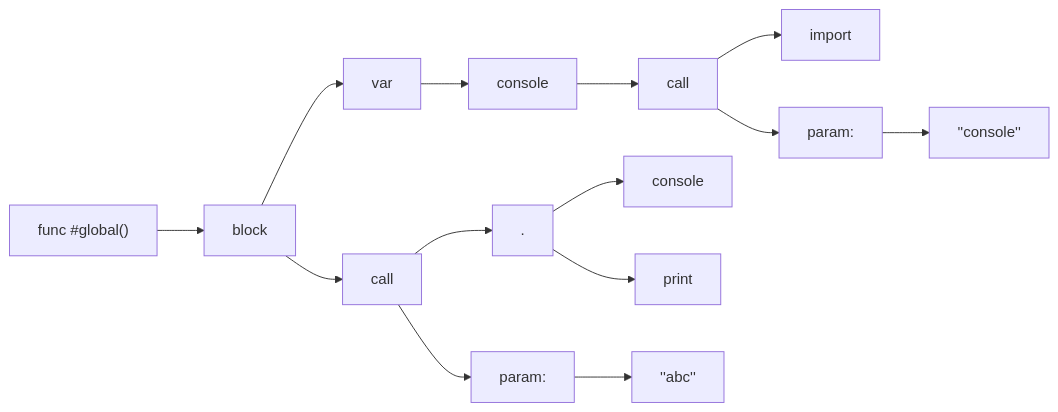
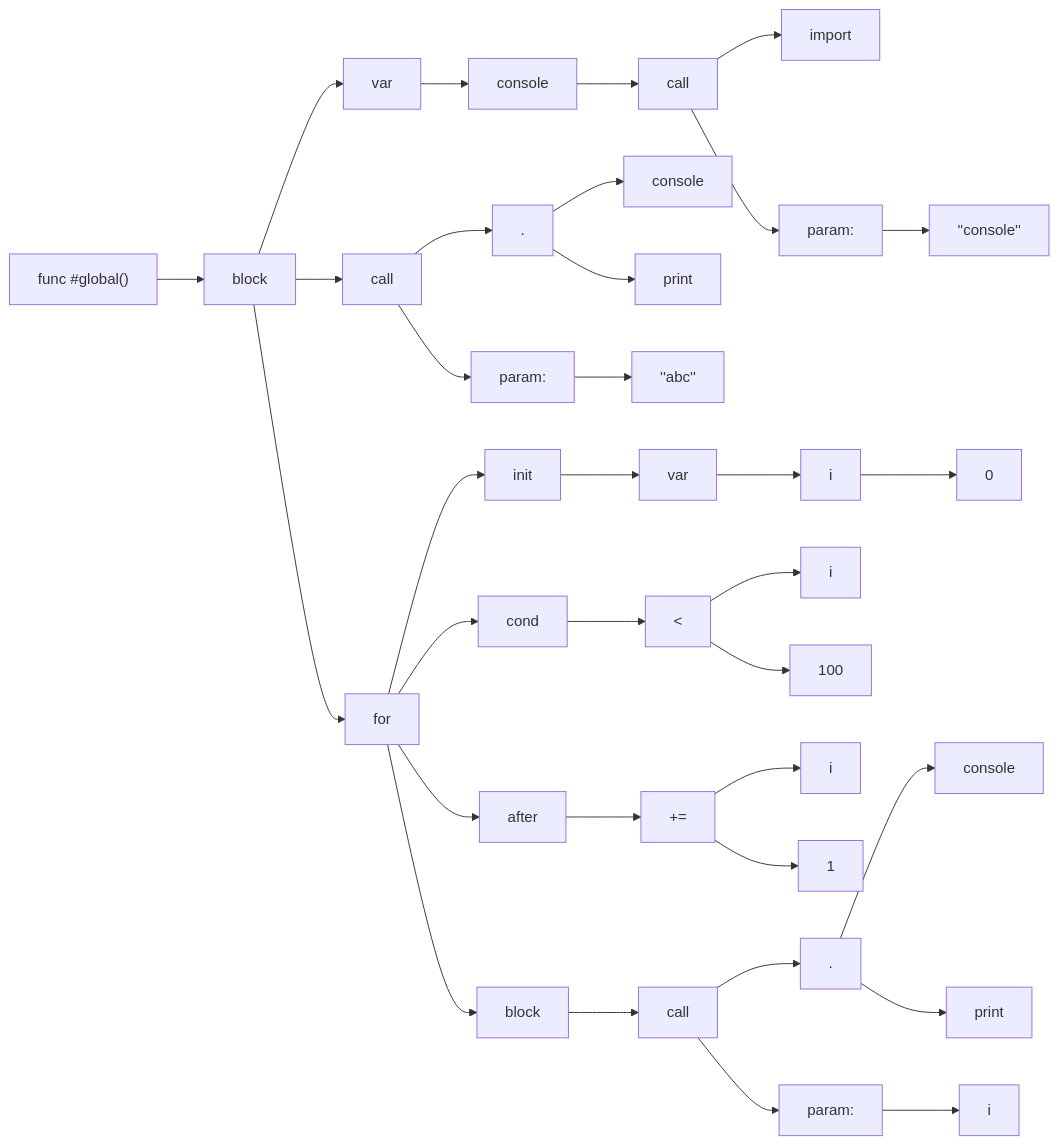
The diagram in graph.md (rick-200/Rapid), drawn with Mermaid before and after one commit. The commit also changed 16 other files, not shown here.

````diff
--- a/graph.md
+++ b/graph.md
@@ -1,30 +1,70 @@
 ```mermaid
 graph LR
 1["func #global()"]
 2["block"]
 3["var"]
 4["console"]
 3-->4
 5["call"]
 6["import"]
 5-->6
 7["param:"]
 5-->7
 8["''console''"]
 7-->8
 4-->5
 2-->3
 9["call"]
 A["."]
 B["console"]
 C["print"]
 A-->B
 A-->C
 9-->A
 D["param:"]
 9-->D
 E["''abc''"]
 D-->E
 2-->9
+F["for"]
+10["init"]
+F-->10
+11["var"]
+12["i"]
+11-->12
+13["0"]
+12-->13
+10-->11
+14["cond"]
+F-->14
+15["<"]
+16["i"]
+17["100"]
+15-->16
+15-->17
+14-->15
+18["after"]
+F-->18
+19["+="]
+1A["i"]
+1B["1"]
+19-->1A
+19-->1B
+18-->19
+1C["block"]
+1D["call"]
+1E["."]
+1F["console"]
+20["print"]
+1E-->1F
+1E-->20
+1D-->1E
+21["param:"]
+1D-->21
+22["i"]
+21-->22
+1C-->1D
+F-->1C
+2-->F
 1-->2
 ```
````
